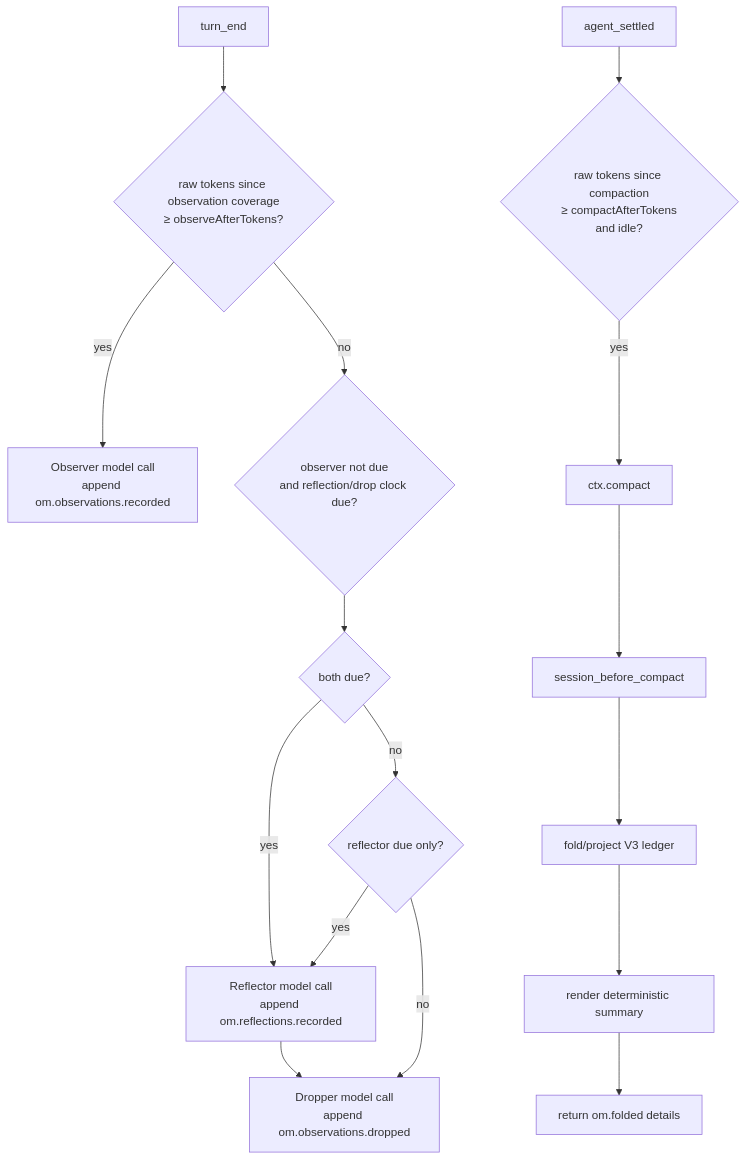
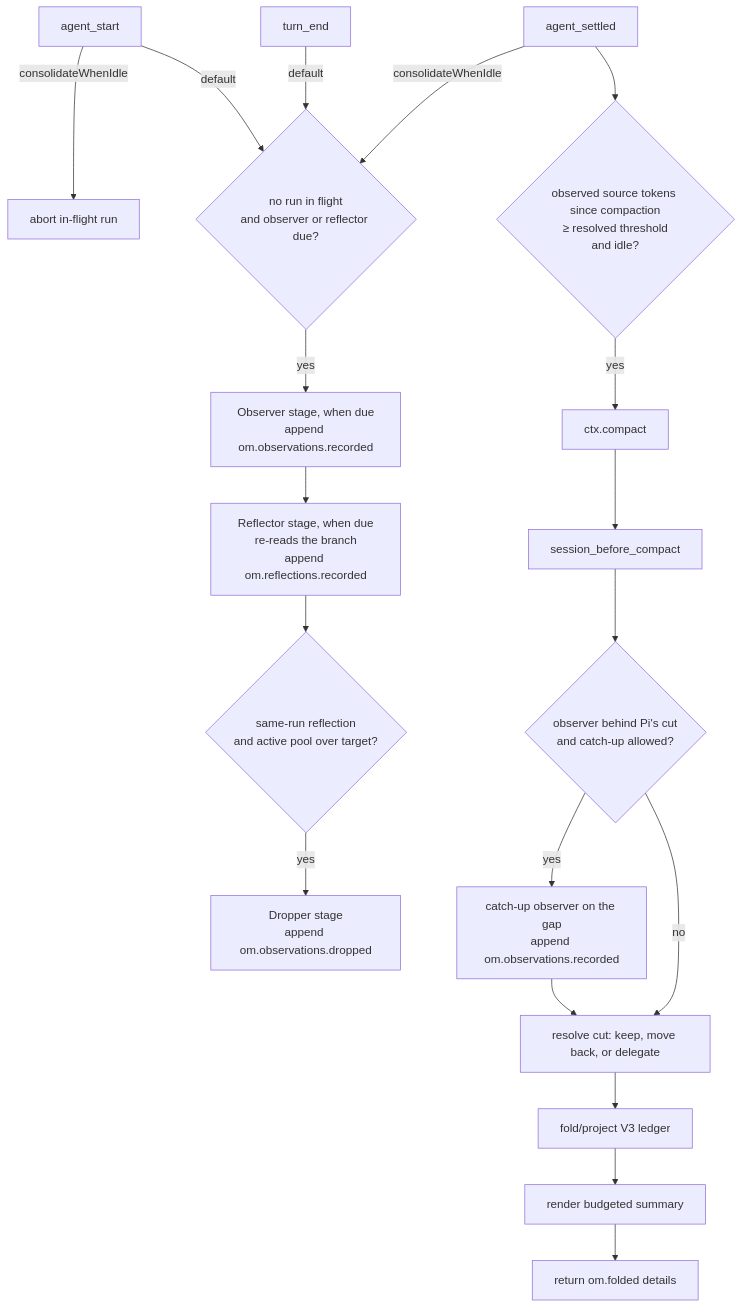
One commit to drvova/pig-observational-memory changed the diagram in docs/how-it-works.md. Above: the diagram before and after it, drawn with Mermaid. The commit also changed other lines of this file and 5 other files, not shown here.

First line of the commit message:
Correct the docs for both implementations and add worker model guidance

````diff
--- a/docs/how-it-works.md
+++ b/docs/how-it-works.md
@@ -23,36 +23,39 @@
 ```mermaid
 flowchart TD
+    AS[agent_start]
     TE[turn_end]
     AE[agent_settled]
     SBC[session_before_compact]
 
-    ObsDue{raw tokens since observation coverage<br/>≥ observeAfterTokens?}
-    Observer[Observer model call<br/>append om.observations.recorded]
+    Abort[abort in-flight run]
+    RunDue{no run in flight<br/>and observer or reflector due?}
+    Observer[Observer stage, when due<br/>append om.observations.recorded]
+    Reflector[Reflector stage, when due<br/>re-reads the branch<br/>append om.reflections.recorded]
+    DropDue{same-run reflection<br/>and active pool over target?}
+    Dropper[Dropper stage<br/>append om.observations.dropped]
 
-    ReflectDropDue{observer not due<br/>and reflection/drop clock due?}
-    BothDue{both due?}
-    ReflectorOnly{reflector due only?}
-    Reflector[Reflector model call<br/>append om.reflections.recorded]
-    Dropper[Dropper model call<br/>append om.observations.dropped]
-
-    CompactDue{raw tokens since compaction<br/>≥ compactAfterTokens<br/>and idle?}
+    CompactDue{observed source tokens since compaction<br/>≥ resolved threshold<br/>and idle?}
     CompactCall[ctx.compact]
 
+    Behind{observer behind Pi's cut<br/>and catch-up allowed?}
+    CatchUp[catch-up observer on the gap<br/>append om.observations.recorded]
+    Cut[resolve cut: keep, move back, or delegate]
     Fold[fold/project V3 ledger]
-    Render[render deterministic summary]
+    Render[render budgeted summary]
     Details[return om.folded details]
 
-    TE --> ObsDue
-    ObsDue -- yes --> Observer
-    ObsDue -- no --> ReflectDropDue
-    ReflectDropDue --> BothDue
-    BothDue -- yes --> Reflector --> Dropper
-    BothDue -- no --> ReflectorOnly
-    ReflectorOnly -- yes --> Reflector
-    ReflectorOnly -- no --> Dropper
+    AS -->|default| RunDue
+    AS -->|consolidateWhenIdle| Abort
+    TE -->|default| RunDue
+    AE -->|consolidateWhenIdle| RunDue
+    RunDue -- yes --> Observer --> Reflector --> DropDue
+    DropDue -- yes --> Dropper
 
     AE --> CompactDue
     CompactDue -- yes --> CompactCall
     CompactCall --> SBC
-    SBC --> Fold --> Render --> Details
+    SBC --> Behind
+    Behind -- yes --> CatchUp --> Cut
+    Behind -- no --> Cut
+    Cut --> Fold --> Render --> Details
 ```
````
